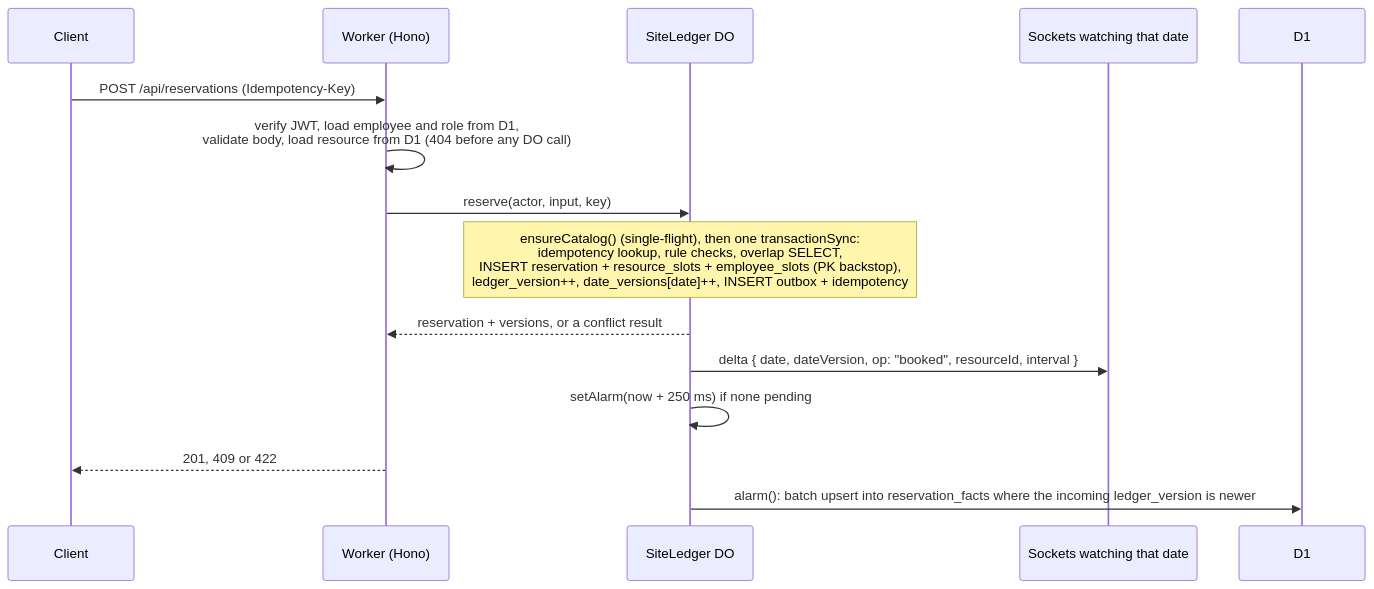
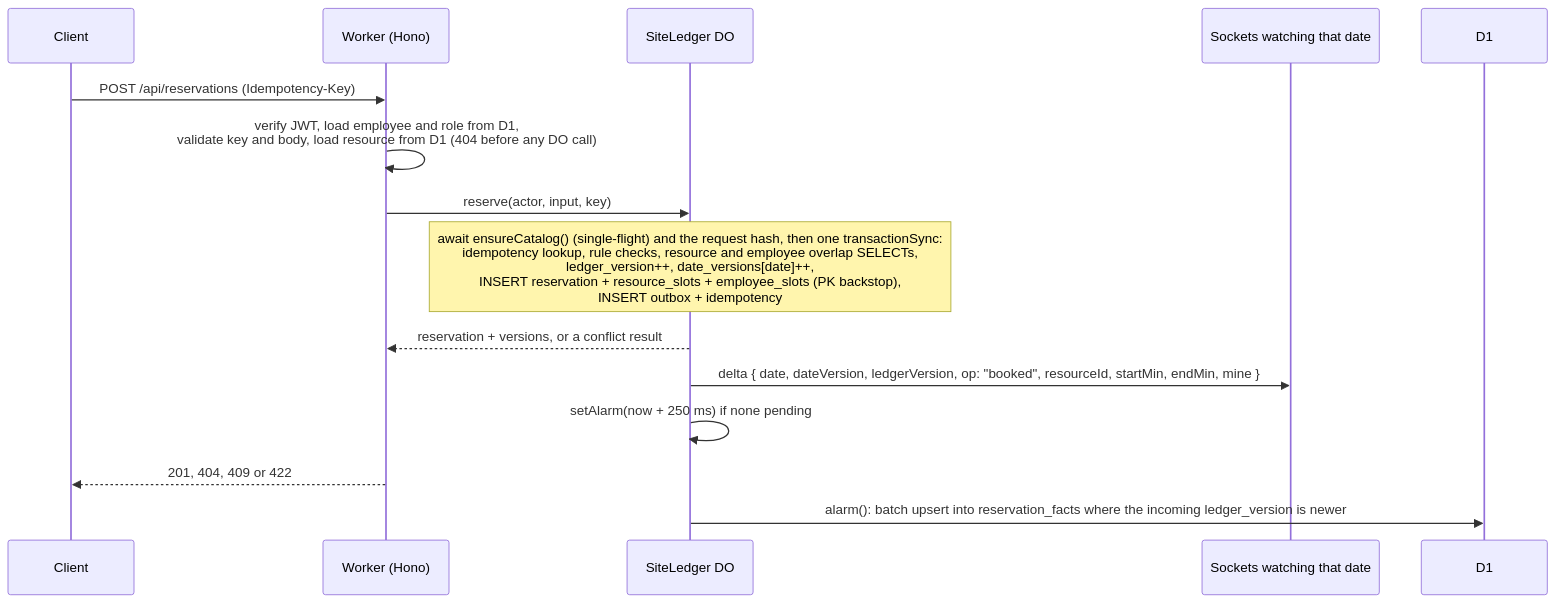
The second of 2 diagrams in README.md (nitishsjsucs/placessync), drawn with Mermaid before and after one commit. The commit also changed other lines of this file and 12 other files, not shown here.

````diff
--- a/README.md
+++ b/README.md
@@ -127,17 +135,17 @@
 ```mermaid
 sequenceDiagram
   participant C as Client
   participant W as Worker (Hono)
   participant L as SiteLedger DO
   participant S as Sockets watching that date
   participant D as D1
   C->>W: POST /api/reservations (Idempotency-Key)
-  W->>W: verify JWT, load employee and role from D1,<br/>validate body, load resource from D1 (404 before any DO call)
+  W->>W: verify JWT, load employee and role from D1,<br/>validate key and body, load resource from D1 (404 before any DO call)
   W->>L: reserve(actor, input, key)
-  Note over L: ensureCatalog() (single-flight), then one transactionSync:<br/>idempotency lookup, rule checks, overlap SELECT,<br/>INSERT reservation + resource_slots + employee_slots (PK backstop),<br/>ledger_version++, date_versions[date]++, INSERT outbox + idempotency
+  Note over L: await ensureCatalog() (single-flight) and the request hash, then one transactionSync:<br/>idempotency lookup, rule checks, resource and employee overlap SELECTs,<br/>ledger_version++, date_versions[date]++,<br/>INSERT reservation + resource_slots + employee_slots (PK backstop),<br/>INSERT outbox + idempotency
   L-->>W: reservation + versions, or a conflict result
-  L->>S: delta { date, dateVersion, op: "booked", resourceId, interval }
+  L->>S: delta { date, dateVersion, ledgerVersion, op: "booked", resourceId, startMin, endMin, mine }
   L->>L: setAlarm(now + 250 ms) if none pending
-  W-->>C: 201, 409 or 422
+  W-->>C: 201, 404, 409 or 422
   L->>D: alarm(): batch upsert into reservation_facts where the incoming ledger_version is newer
 ```
````
